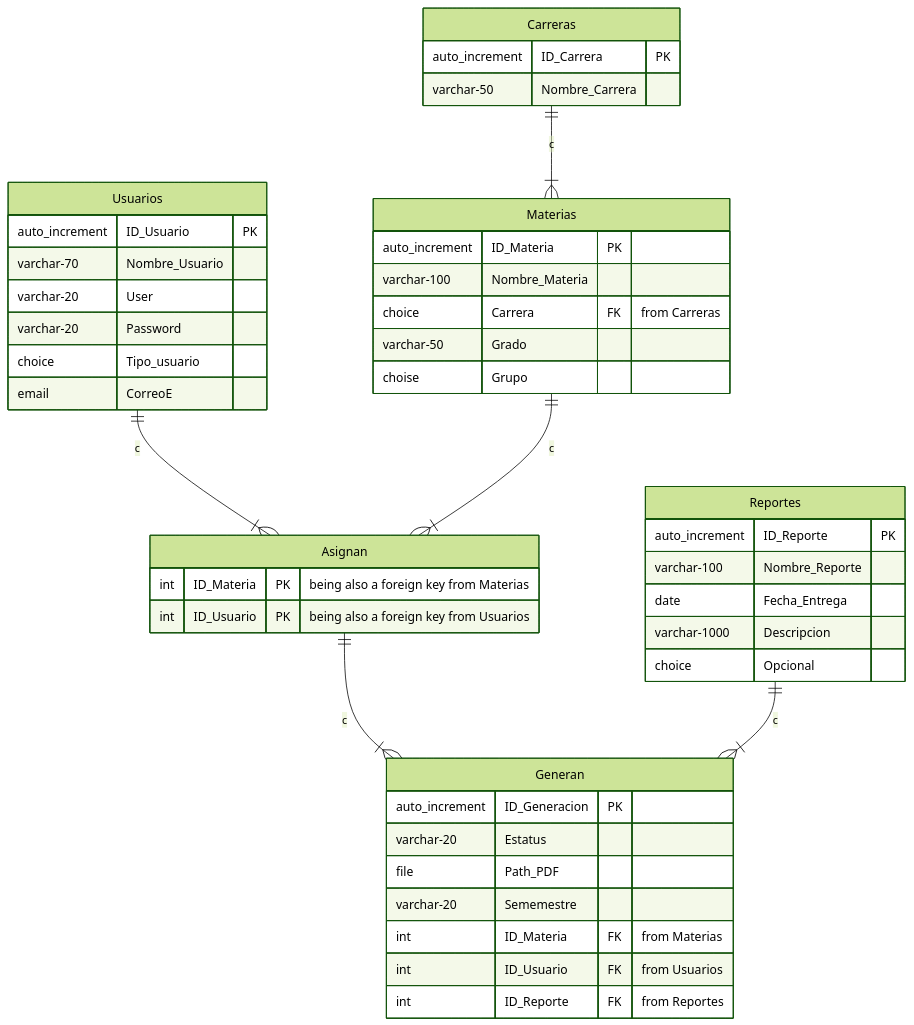
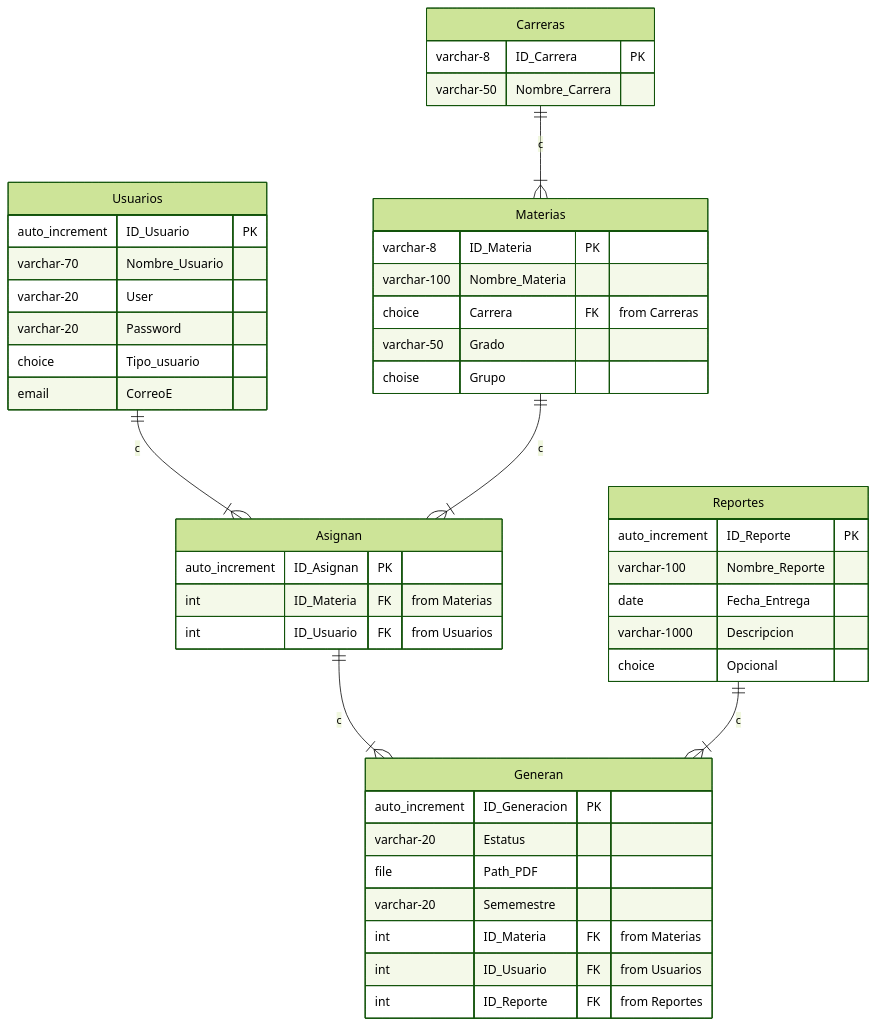
One commit to VRVG1/SGC changed the diagram in DatabaseDoc/Diagramas/DB erDiagram.mmd. Above: the diagram before and after it, drawn with Mermaid (forest theme). The commit also changed 7 other files, not shown here.

```diff
--- a/DatabaseDoc/Diagramas/DB erDiagram.mmd
+++ b/DatabaseDoc/Diagramas/DB erDiagram.mmd
@@ -1,55 +1,56 @@
 erDiagram
 
 Usuarios {
     auto_increment ID_Usuario PK
     varchar-70 Nombre_Usuario
     varchar-20 User
     varchar-20 Password
     choice Tipo_usuario
     email CorreoE
 }
 
 Reportes {
     auto_increment ID_Reporte PK
     varchar-100 Nombre_Reporte
     date Fecha_Entrega
     varchar-1000 Descripcion
     choice Opcional
 } 
 
 Materias {
-    auto_increment ID_Materia PK
+    varchar-8 ID_Materia PK
     varchar-100 Nombre_Materia    
     choice Carrera FK "from Carreras"
     varchar-50 Grado
     choise Grupo
 }
 
 
 Generan {
     auto_increment ID_Generacion PK
     varchar-20 Estatus
     file Path_PDF
     varchar-20 Sememestre
     int ID_Materia FK "from Materias"
     int ID_Usuario FK "from Usuarios"
     int ID_Reporte FK "from Reportes"
 }
 
 Carreras {
-    auto_increment ID_Carrera PK
+    varchar-8 ID_Carrera PK
     varchar-50 Nombre_Carrera
 }
 
 Asignan {
-    int ID_Materia PK "being also a foreign key from Materias"
-    int ID_Usuario PK "being also a foreign key from Usuarios"
+    auto_increment ID_Asignan PK
+    int ID_Materia FK "from Materias"
+    int ID_Usuario FK "from Usuarios"
 }
 
 
 
 Usuarios ||--|{ Asignan: c 
 Materias ||--|{ Asignan: c 
 Asignan ||-- |{ Generan: c
 Reportes ||--|{ Generan: c
 Carreras||--|{ Materias: c
```
